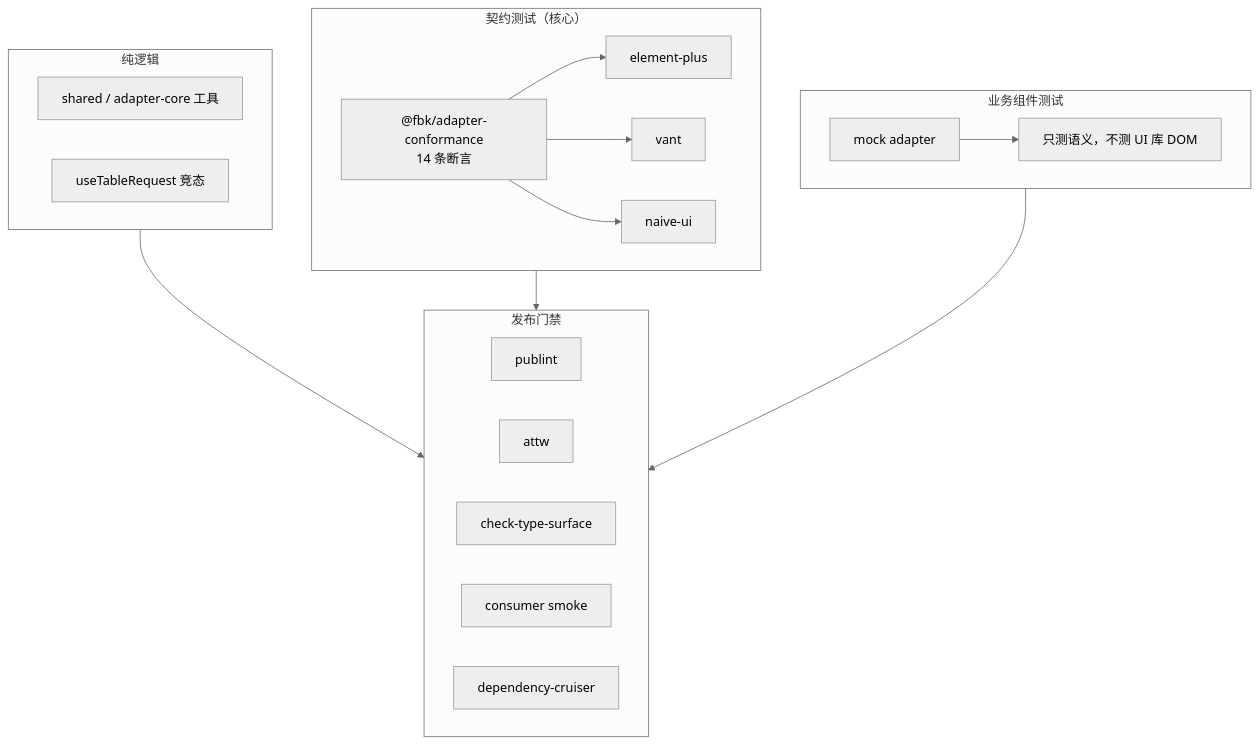
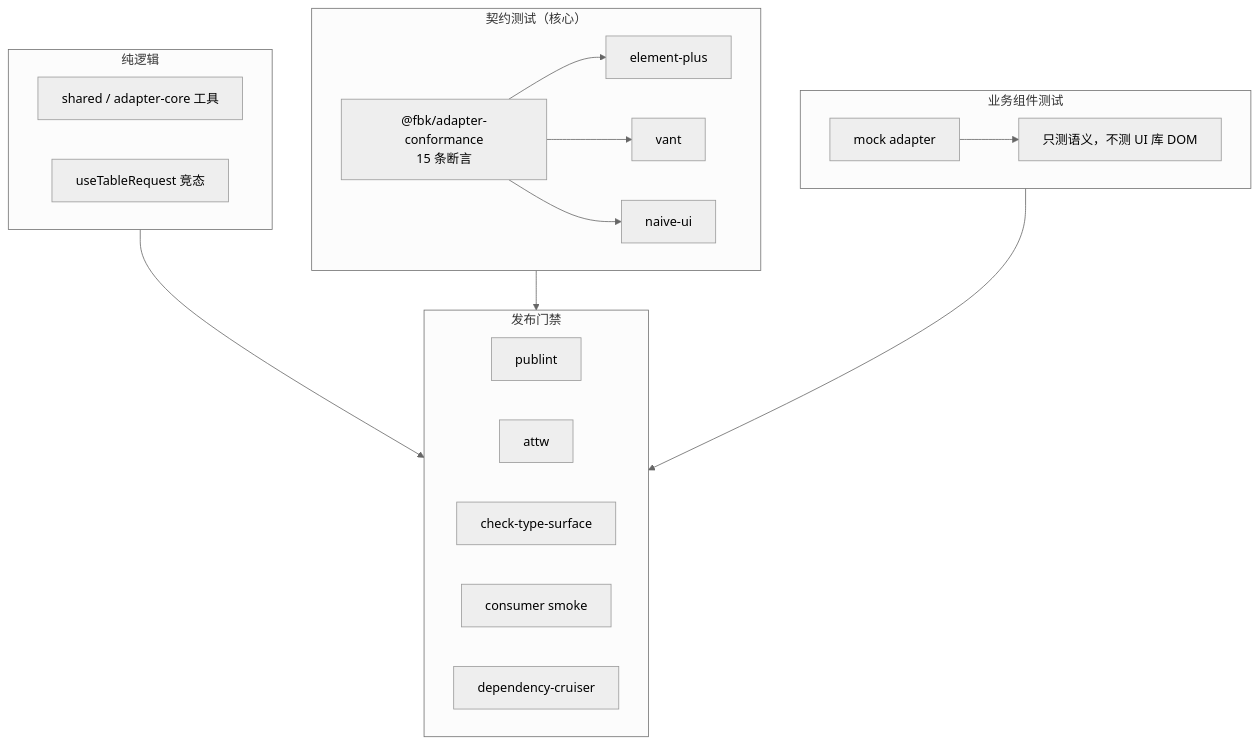
Before and after one commit to socalledPF/fbkworks: the tenth of 12 diagrams in apps/docs/guide/architecture-diagrams.md, drawn with Mermaid (neutral theme). The commit also changed other lines of this file and 79 other files, not shown here.

````diff
--- a/apps/docs/guide/architecture-diagrams.md
+++ b/apps/docs/guide/architecture-diagrams.md
@@ -355,35 +355,35 @@
 ```mermaid
 flowchart TB
   subgraph unit["纯逻辑"]
     u1["shared / adapter-core 工具"]
     u2["useTableRequest 竞态"]
   end
 
   subgraph conformance["契约测试（核心）"]
-    c1["@fbk/adapter-conformance<br/>14 条断言"]
+    c1["@fbk/adapter-conformance<br/>15 条断言"]
     c2["element-plus"]
     c3["vant"]
     c4["naive-ui"]
     c1 --> c2
     c1 --> c3
     c1 --> c4
   end
 
   subgraph semantic["业务组件测试"]
     s1["mock adapter"]
     s2["只测语义，不测 UI 库 DOM"]
     s1 --> s2
   end
 
   subgraph gates["发布门禁"]
     g1["publint"]
     g2["attw"]
     g3["check-type-surface"]
     g4["consumer smoke"]
     g5["dependency-cruiser"]
   end
 
   unit --> gates
   conformance --> gates
   semantic --> gates
 ```
````
